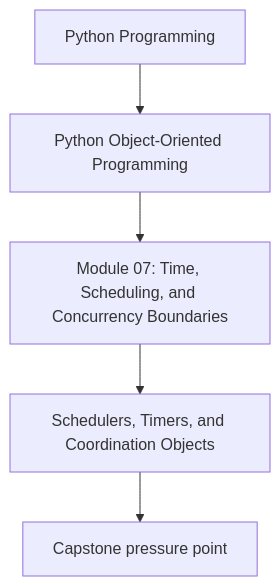
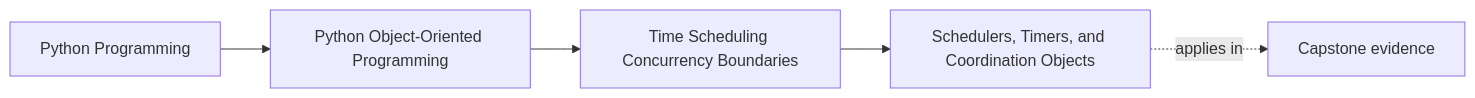
One commit to bijux/bijux-masterclass changed the first of 2 diagrams in programs/python-programming/python-object-oriented-programming/course-book/module-07-time-scheduling-concurrency-boundaries/schedulers-timers-and-coordination-objects.md. Above: the diagram before and after it, drawn with Mermaid. The commit also changed other lines of this file and 103 other files, not shown here.

Commit message:
docs(python-object-oriented-programming): map sustainment and capstone surfaces

````diff
--- a/programs/python-programming/python-object-oriented-programming/course-book/module-07-time-scheduling-concurrency-boundaries/schedulers-timers-and-coordination-objects.md
+++ b/programs/python-programming/python-object-oriented-programming/course-book/module-07-time-scheduling-concurrency-boundaries/schedulers-timers-and-coordination-objects.md
@@ -7,7 +7,11 @@
 ```mermaid
-flowchart TD
-  family["Python Programming"] --> program["Python Object-Oriented Programming"]
-  program --> module["Module 07: Time, Scheduling, and Concurrency Boundaries"]
-  module --> concept["Schedulers, Timers, and Coordination Objects"]
-  concept --> capstone["Capstone pressure point"]
+graph LR
+  family["Python Programming"]
+  program["Python Object-Oriented Programming"]
+  section["Time Scheduling Concurrency Boundaries"]
+  page["Schedulers, Timers, and Coordination Objects"]
+  capstone["Capstone evidence"]
+
+  family --> program --> section --> page
+  page -.applies in.-> capstone
 ```
````
